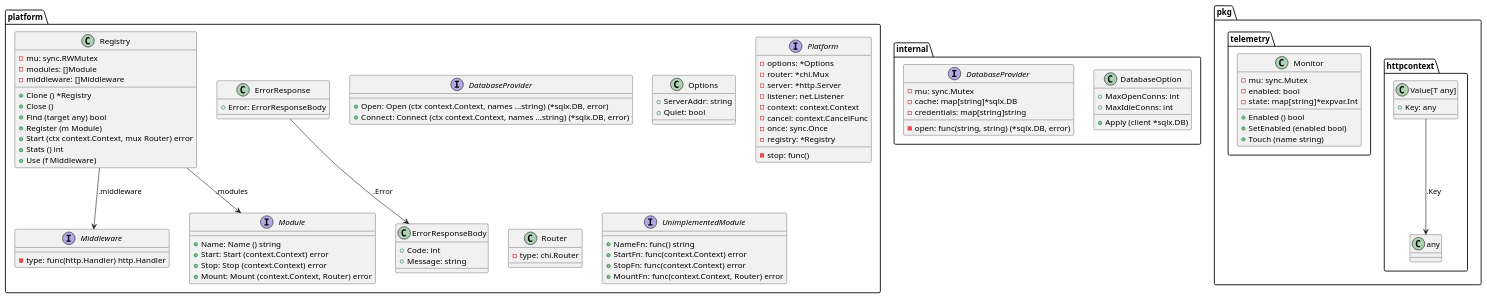
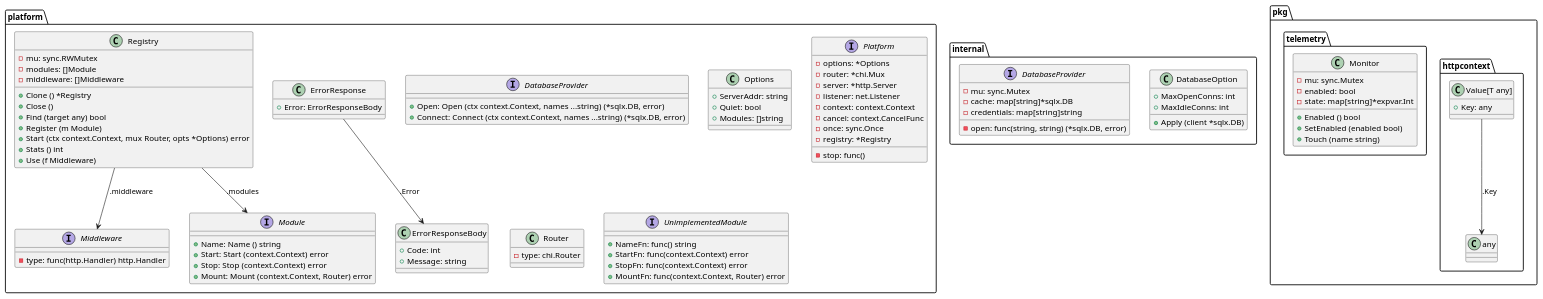
Before and after one commit to titpetric/platform: the diagram in docs/structure.puml, drawn with PlantUML. The commit also changed 7 other files, not shown here.

Commit message:
Update registry.Start to take Options, enable/disable modules with config

```diff
--- a/docs/structure.puml
+++ b/docs/structure.puml
@@ -1,114 +1,115 @@
 @startuml
 
 class "internal.DatabaseOption" {
   + MaxOpenConns: int
   + MaxIdleConns: int
   + Apply (client *sqlx.DB)
 }
 
 interface "internal.DatabaseProvider" {
   - open: func(string, string) (*sqlx.DB, error)
   - mu: sync.Mutex
   - cache: map[string]*sqlx.DB
   - credentials: map[string]string
 }
 
 class "pkg.httpcontext.Value[T any]" {
   + Key: any
 }
 
 class "pkg.telemetry.Monitor" {
   - mu: sync.Mutex
   - enabled: bool
   - state: map[string]*expvar.Int
   + Enabled () bool
   + SetEnabled (enabled bool)
   + Touch (name string)
 }
 
 interface "platform.DatabaseProvider" {
   + Open: Open (ctx context.Context, names ...string) (*sqlx.DB, error)
   + Connect: Connect (ctx context.Context, names ...string) (*sqlx.DB, error)
 }
 
 class "platform.ErrorResponse" {
   + Error: ErrorResponseBody
 }
 
 class "platform.ErrorResponseBody" {
   + Code: int
   + Message: string
 }
 
 interface "platform.Middleware" {
   - type: func(http.Handler) http.Handler
 }
 
 interface "platform.Module" {
   + Name: Name () string
   + Start: Start (context.Context) error
   + Stop: Stop (context.Context) error
   + Mount: Mount (context.Context, Router) error
 }
 
 class "platform.Options" {
   + ServerAddr: string
   + Quiet: bool
+  + Modules: []string
 }
 
 interface "platform.Platform" {
   - options: *Options
   - router: *chi.Mux
   - server: *http.Server
   - listener: net.Listener
   - context: context.Context
   - cancel: context.CancelFunc
   - stop: func()
   - once: sync.Once
   - registry: *Registry
 }
 
 class "platform.Registry" {
   - mu: sync.RWMutex
   - modules: []Module
   - middleware: []Middleware
   + Clone () *Registry
   + Close ()
   + Find (target any) bool
   + Register (m Module)
-  + Start (ctx context.Context, mux Router) error
+  + Start (ctx context.Context, mux Router, opts *Options) error
   + Stats () int
   + Use (f Middleware)
 }
 
 class "platform.Router" {
   - type: chi.Router
 }
 
 interface "platform.UnimplementedModule" {
   + NameFn: func() string
   + StartFn: func(context.Context) error
   + StopFn: func(context.Context) error
   + MountFn: func(context.Context, Router) error
 }
 
 
 
 "pkg.httpcontext.Value[T any]" --> "pkg.httpcontext.any" : .Key
 
 
 
 "platform.ErrorResponse" --> "platform.ErrorResponseBody" : .Error
 
 
 
 
 
 
 "platform.Registry" --> "platform.Module" : .modules
 "platform.Registry" --> "platform.Middleware" : .middleware
 
 
 
 
 @enduml
```
